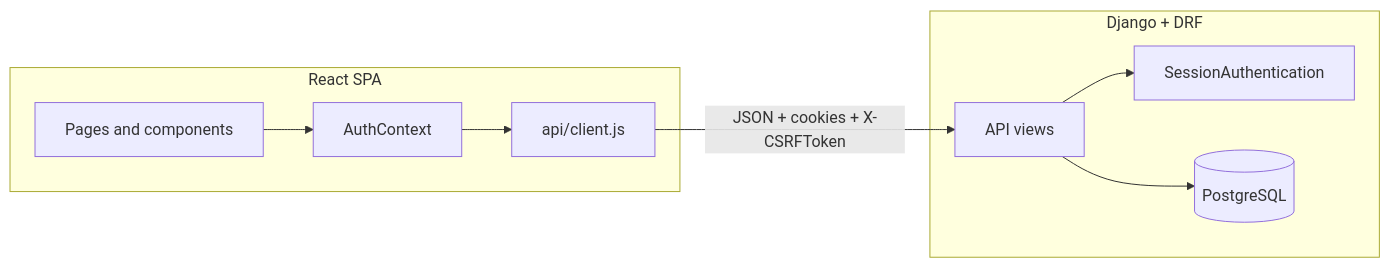
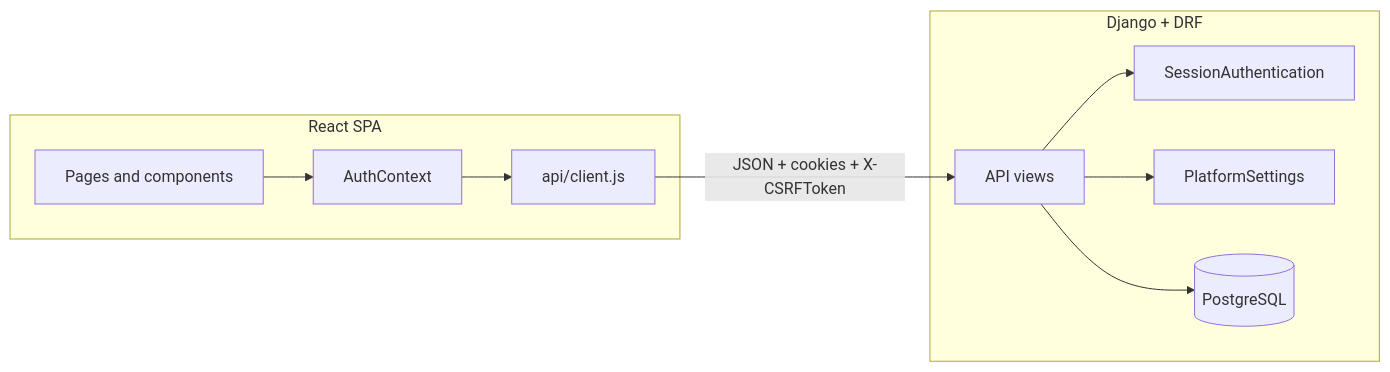
The first of 3 diagrams in docs/BOILERPLATE.md (atenatiwosgetachew1-ET/Basecode-Portal), drawn with Mermaid before and after one commit. The commit also changed other lines of this file and 31 other files, not shown here.

````diff
--- a/docs/BOILERPLATE.md
+++ b/docs/BOILERPLATE.md
@@ -48,18 +50,20 @@
 ```mermaid
 flowchart LR
   subgraph client ["React SPA"]
     UI["Pages and components"]
     API["api/client.js"]
     AUTH["AuthContext"]
   end
   subgraph server ["Django + DRF"]
     VIEWS["API views"]
     SESSION["SessionAuthentication"]
+    SETTINGS["PlatformSettings"]
     DB[("PostgreSQL")]
   end
   UI --> AUTH
   AUTH --> API
   API -->|"JSON + cookies + X-CSRFToken"| VIEWS
   VIEWS --> SESSION
+  VIEWS --> SETTINGS
   VIEWS --> DB
 ```
````
